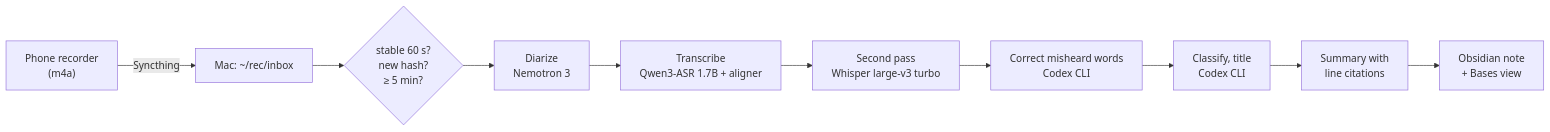
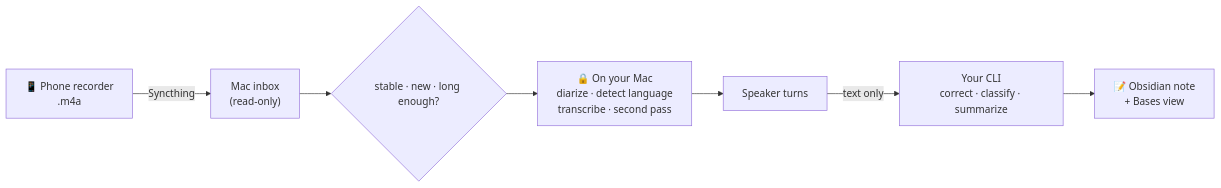
The diagram in README.md (minigold92/rec2vault), drawn with Mermaid before and after one commit. The commit also changed other lines of this file and 167 other files, not shown here.

````diff
--- a/README.md
+++ b/README.md
@@ -42,12 +84,9 @@
 ```mermaid
 flowchart LR
-  P["Phone recorder<br/>(m4a)"] -->|Syncthing| I["Mac: ~/rec/inbox"]
-  I --> S{"stable 60 s?<br/>new hash?<br/>≥ 5 min?"}
-  S --> D["Diarize<br/>Nemotron 3"]
-  D --> A["Transcribe<br/>Qwen3-ASR 1.7B + aligner"]
-  A --> W["Second pass<br/>Whisper large-v3 turbo"]
-  W --> C["Correct misheard words<br/>Codex CLI"]
-  C --> K["Classify, title<br/>Codex CLI"]
-  K --> M["Summary with<br/>line citations"]
-  M --> O["Obsidian note<br/>+ Bases view"]
+  P["📱 Phone recorder<br/>.m4a"] -->|Syncthing| I["Mac inbox<br/>(read-only)"]
+  I --> Q{"stable · new · long enough?"}
+  Q --> L["🔒 On your Mac<br/>diarize · detect language<br/>transcribe · second pass"]
+  L --> T["Speaker turns"]
+  T -->|"text only"| C["Your CLI<br/>correct · classify · summarize"]
+  C --> N["📝 Obsidian note<br/>+ Bases view"]
 ```
````
